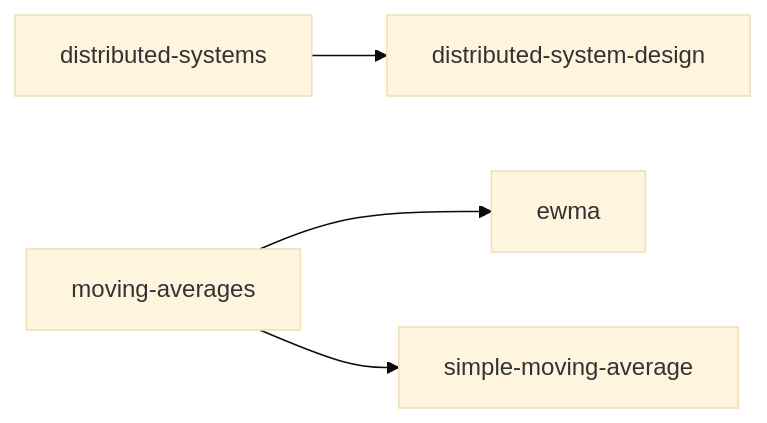
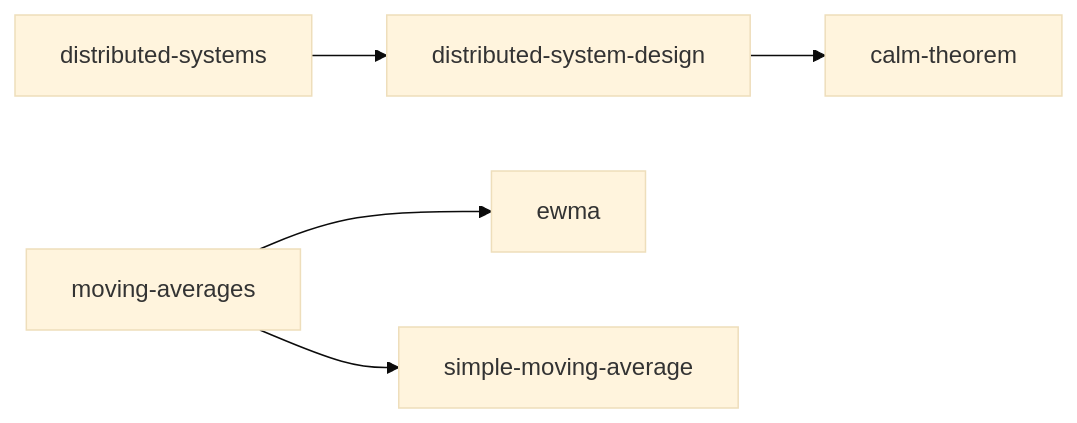
One commit to mengjiasun1992/sllmwiki-demo changed the diagram in SLLMWIKI_INDICES.md. Above: the diagram before and after it, drawn with Mermaid (base theme). The commit also changed other lines of this file and 5 other files, not shown here.

First line of the commit message:
[sllmwiki][ingest][calm-theorem] ingest sources for: Keeping CALM

````diff
--- a/SLLMWIKI_INDICES.md
+++ b/SLLMWIKI_INDICES.md
@@ -7,16 +7,19 @@
 ```mermaid
 graph LR
     t0["distributed-systems"]
     t1["distributed-system-design"]
-    t2["moving-averages"]
-    t3["ewma"]
-    t4["simple-moving-average"]
+    t2["calm-theorem"]
+    t3["moving-averages"]
+    t4["ewma"]
+    t5["simple-moving-average"]
     t0 --> t1
-    t2 --> t3
-    t2 --> t4
+    t1 --> t2
+    t3 --> t4
+    t3 --> t5
     click t0 "sllmwiki/tags/distributed-systems.md"
     click t1 "sllmwiki/tags/distributed-system-design.md"
-    click t2 "sllmwiki/tags/moving-averages.md"
-    click t3 "sllmwiki/tags/ewma.md"
-    click t4 "sllmwiki/tags/simple-moving-average.md"
+    click t2 "sllmwiki/tags/calm-theorem.md"
+    click t3 "sllmwiki/tags/moving-averages.md"
+    click t4 "sllmwiki/tags/ewma.md"
+    click t5 "sllmwiki/tags/simple-moving-average.md"
 ```
````
